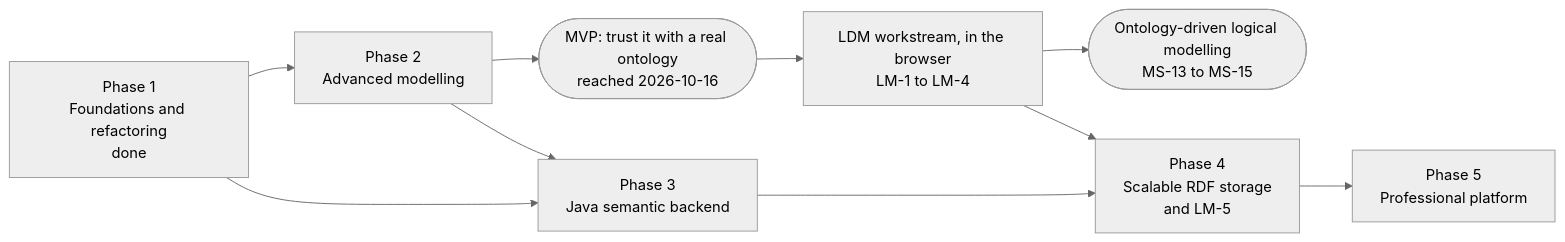
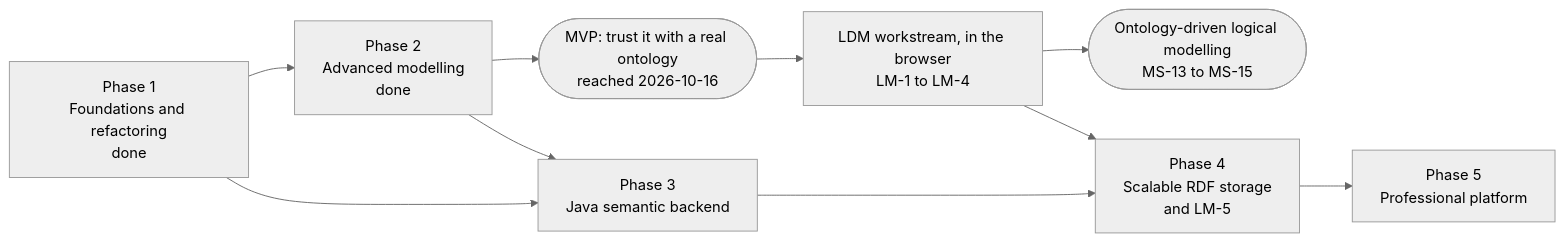
The first of 4 diagrams in docs/DEVELOPMENT_ROADMAP.md (chestnzu1/conceptweaver), drawn with Mermaid (neutral theme) before and after one commit. The commit also changed other lines of this file and 81 other files, not shown here.

First line of the commit message:
Update mode, several diagrams and custom rules; element types in the LDM Entities workspace; a read-only MCP server on the roadmap; and Spring Boot parity for the OWL service (roadmap 2.12, 2.13, 5.8 docs, 3.1, 3.2)

````diff
--- a/docs/DEVELOPMENT_ROADMAP.md
+++ b/docs/DEVELOPMENT_ROADMAP.md
@@ -59,12 +59,12 @@
 ```mermaid
 flowchart LR
-  P1["Phase 1<br/>Foundations and refactoring<br/>done"] --> P2["Phase 2<br/>Advanced modelling"]
+  P1["Phase 1<br/>Foundations and refactoring<br/>done"] --> P2["Phase 2<br/>Advanced modelling<br/>done"]
   P2 --> MVP(["MVP: trust it with a real ontology<br/>reached 2026-10-16"])
   MVP --> LM["LDM workstream, in the browser<br/>LM-1 to LM-4"]
   LM --> LDM(["Ontology-driven logical modelling<br/>MS-13 to MS-15"])
   P1 --> P3["Phase 3<br/>Java semantic backend"]
   P2 --> P3
   P3 --> P4["Phase 4<br/>Scalable RDF storage<br/>and LM-5"]
   LM --> P4
   P4 --> P5["Phase 5<br/>Professional platform"]
 ```
````
